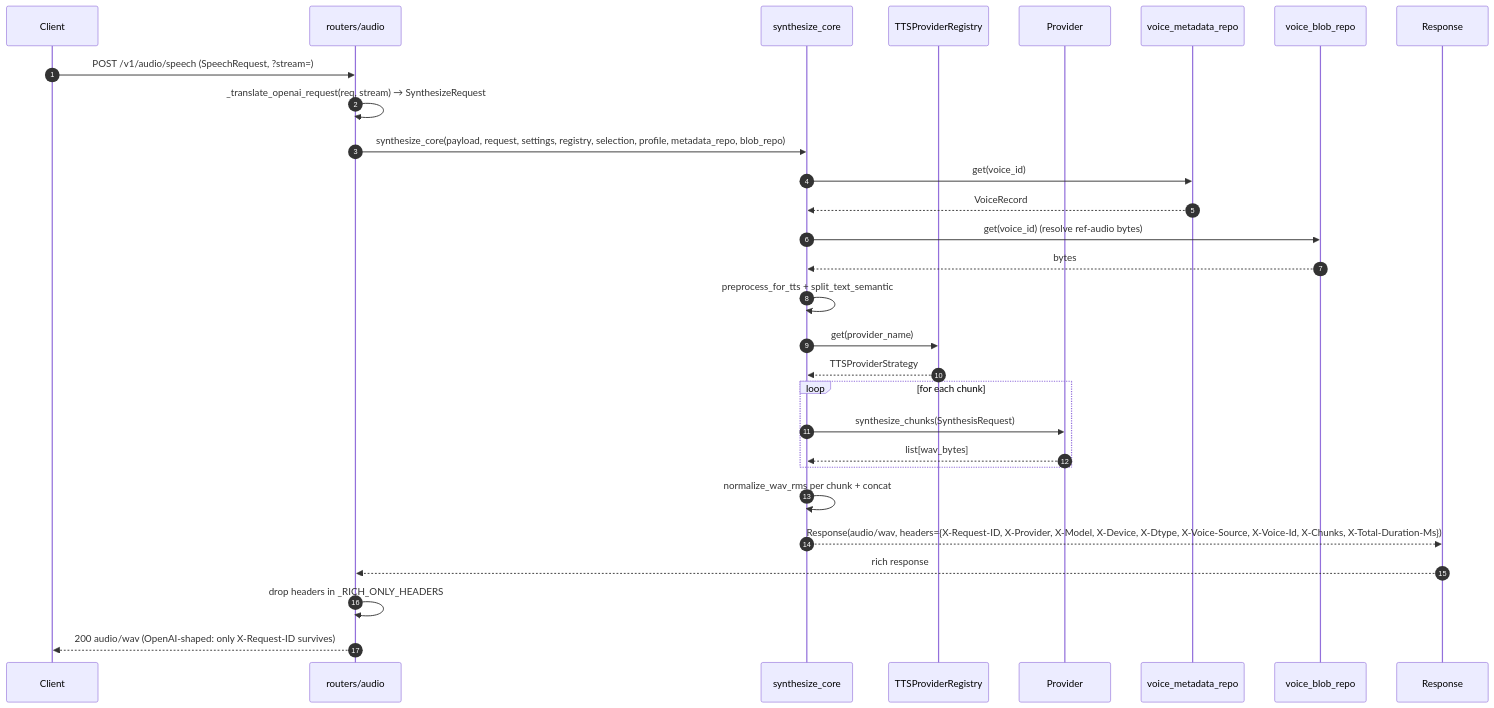
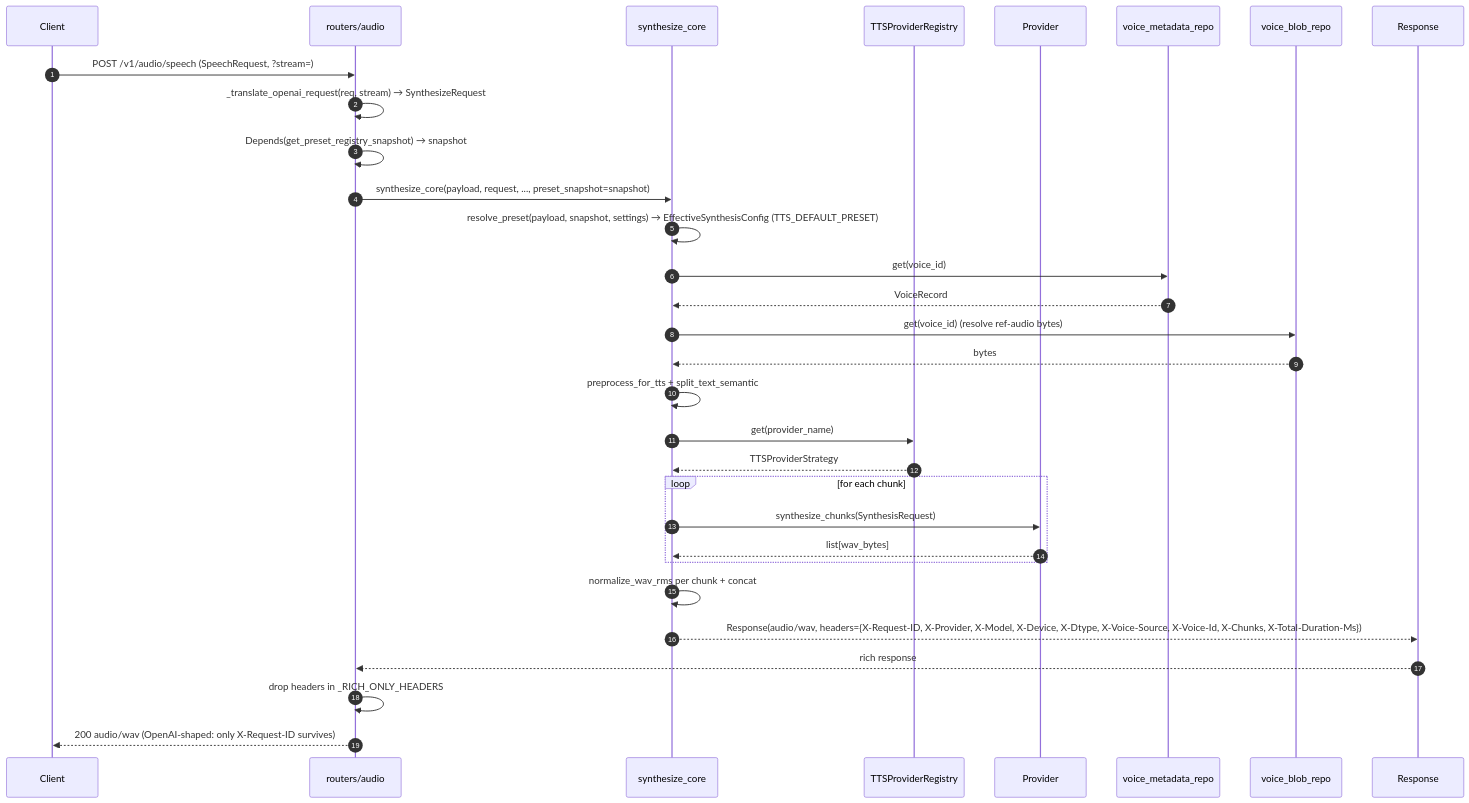
The diagram in docs/diagrams/sequence/create-speech.md (Antonio-Rinaldi/llm-tts-api), drawn with Mermaid before and after one commit. The commit also changed other lines of this file and 8 other files, not shown here.

Commit message:
docs(cycle-2): HF-1 README + diagrams + OpenAPI + examples.http catch-up

````diff
--- a/docs/diagrams/sequence/create-speech.md
+++ b/docs/diagrams/sequence/create-speech.md
@@ -19,32 +19,34 @@
 ```mermaid
 sequenceDiagram
     autonumber
     participant Client
     participant R as routers/audio
     participant Core as synthesize_core
     participant Reg as TTSProviderRegistry
     participant Prov as Provider
     participant Repo as voice_metadata_repo
     participant Blob as voice_blob_repo
     participant Resp as Response
 
     Client->>R: POST /v1/audio/speech (SpeechRequest, ?stream=)
     R->>R: _translate_openai_request(req, stream) → SynthesizeRequest
-    R->>Core: synthesize_core(payload, request, settings, registry, selection, profile, metadata_repo, blob_repo)
+    R->>R: Depends(get_preset_registry_snapshot) → snapshot
+    R->>Core: synthesize_core(payload, request, ..., preset_snapshot=snapshot)
+    Core->>Core: resolve_preset(payload, snapshot, settings) → EffectiveSynthesisConfig (TTS_DEFAULT_PRESET)
     Core->>Repo: get(voice_id)
     Repo-->>Core: VoiceRecord
     Core->>Blob: get(voice_id) (resolve ref-audio bytes)
     Blob-->>Core: bytes
     Core->>Core: preprocess_for_tts + split_text_semantic
     Core->>Reg: get(provider_name)
     Reg-->>Core: TTSProviderStrategy
     loop for each chunk
         Core->>Prov: synthesize_chunks(SynthesisRequest)
         Prov-->>Core: list[wav_bytes]
     end
     Core->>Core: normalize_wav_rms per chunk + concat
     Core-->>Resp: Response(audio/wav, headers={X-Request-ID, X-Provider, X-Model, X-Device, X-Dtype, X-Voice-Source, X-Voice-Id, X-Chunks, X-Total-Duration-Ms})
     Resp-->>R: rich response
     R->>R: drop headers in _RICH_ONLY_HEADERS
     R-->>Client: 200 audio/wav (OpenAI-shaped: only X-Request-ID survives)
 ```
````
